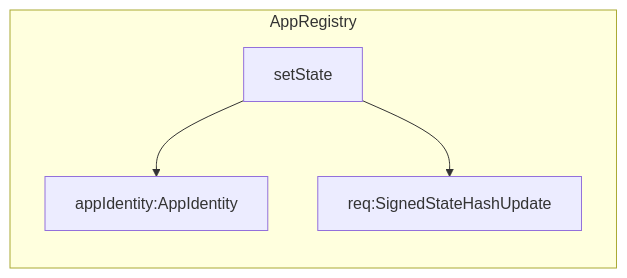
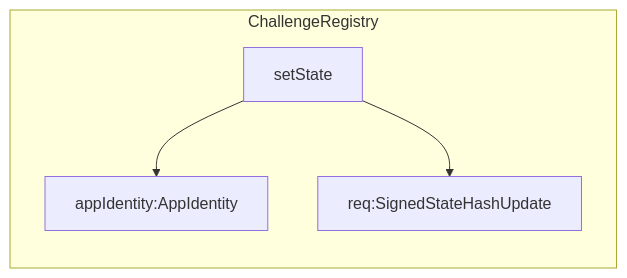
One commit to counterfactual/monorepo changed the diagram in packages/specs/source/diagrams/setstate-protocol-commitment.mmd. Above: the diagram before and after it, drawn with Mermaid. The commit also changed 62 other files, not shown here.

```diff
--- a/packages/specs/source/diagrams/setstate-protocol-commitment.mmd
+++ b/packages/specs/source/diagrams/setstate-protocol-commitment.mmd
@@ -1,6 +1,6 @@
 graph LR
-    subgraph AppRegistry
+    subgraph ChallengeRegistry
         setState
         setState-->appIdentity:AppIdentity
         setState-->req:SignedStateHashUpdate
     end
```
